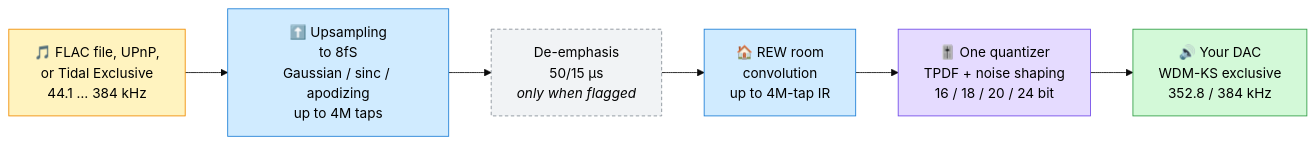
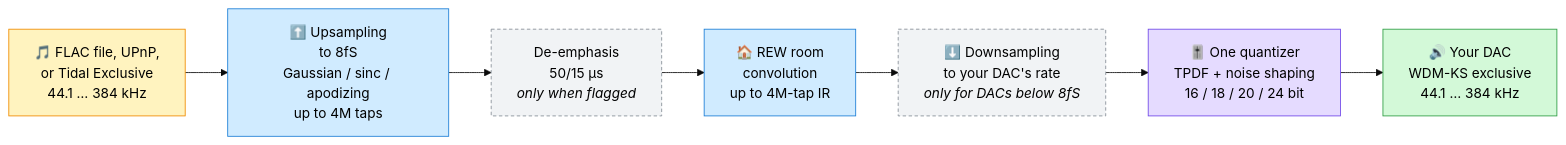
One commit to androxylo/audiophile_player changed the diagram in README.md. Above: the diagram before and after it, drawn with Mermaid (base theme). The commit also changed other lines of this file and 11 other files, not shown here.

````diff
--- a/README.md
+++ b/README.md
@@ -27,17 +51,18 @@
 ```mermaid
 flowchart LR
     SRC["🎵 FLAC file, UPnP,<br/>or Tidal Exclusive<br/>44.1 … 384 kHz"]:::src
     UP["⬆️ Upsampling<br/>to 8fS<br/>Gaussian / sinc / apodizing<br/>up to 4M taps"]:::dsp
     DE["De-emphasis<br/>50/15 µs<br/><i>only when flagged</i>"]:::opt
     REW["🏠 REW room<br/>convolution<br/>up to 4M-tap IR"]:::dsp
+    DS["⬇️ Downsampling<br/>to your DAC's rate<br/><i>only for DACs below 8fS</i>"]:::opt
     Q["🎚️ One quantizer<br/>TPDF + noise shaping<br/>16 / 18 / 20 / 24 bit"]:::q
-    DAC["🔊 Your DAC<br/>WDM-KS exclusive<br/>352.8 / 384 kHz"]:::dac
+    DAC["🔊 Your DAC<br/>WDM-KS exclusive<br/>44.1 … 384 kHz"]:::dac
 
-    SRC --> UP --> DE --> REW --> Q --> DAC
+    SRC --> UP --> DE --> REW --> DS --> Q --> DAC
 
     classDef src fill:#fff3bf,stroke:#f08c00,color:#000
     classDef dsp fill:#d0ebff,stroke:#1c7ed6,color:#000
     classDef opt fill:#f1f3f5,stroke:#868e96,color:#000,stroke-dasharray: 4 3
     classDef q fill:#e5dbff,stroke:#7048e8,color:#000
     classDef dac fill:#d3f9d8,stroke:#2f9e44,color:#000
 ```
````
